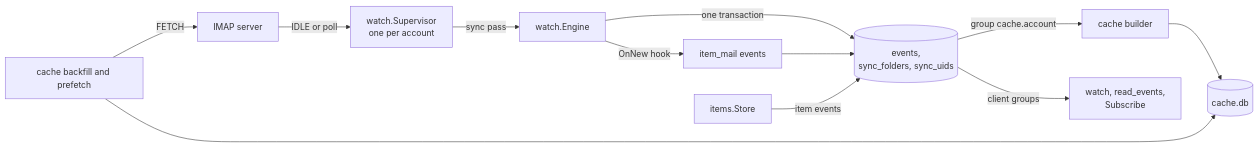
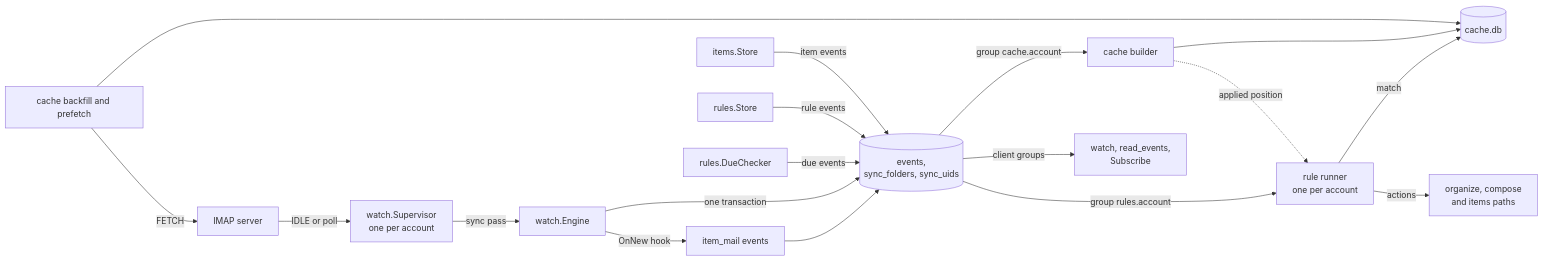
One commit to yaklabco/chainmail changed the fourth of 4 diagrams in website/docs/developers/architecture.md. Above: the diagram before and after it, drawn with Mermaid. The commit also changed other lines of this file and 238 other files, not shown here.

First line of the commit message:
feat: rules and item due events (SP8) (#36)

````diff
--- a/website/docs/developers/architecture.md
+++ b/website/docs/developers/architecture.md
@@ -211,14 +218,20 @@
 ```mermaid
 flowchart LR
   M[IMAP server] -- IDLE or poll --> Sup[watch.Supervisor<br/>one per account]
   Sup -- sync pass --> E[watch.Engine]
   E -- one transaction --> Log[(events,<br/>sync_folders, sync_uids)]
   E -- OnNew hook --> IM[item_mail events]
   IM --> Log
   It[items.Store] -- item events --> Log
   Log -- group cache.account --> B[cache builder]
   B --> K[(cache.db)]
   BF[cache backfill and prefetch] --> K
   BF -- FETCH --> M
   Log -- client groups --> R[watch, read_events,<br/>Subscribe]
+  Log -- group rules.account --> RR[rule runner<br/>one per account]
+  B -. applied position .-> RR
+  RR -- match --> K
+  RR -- actions --> Act[organize, compose<br/>and items paths]
+  Rs[rules.Store] -- rule events --> Log
+  Due[rules.DueChecker] -- due events --> Log
 ```
````
